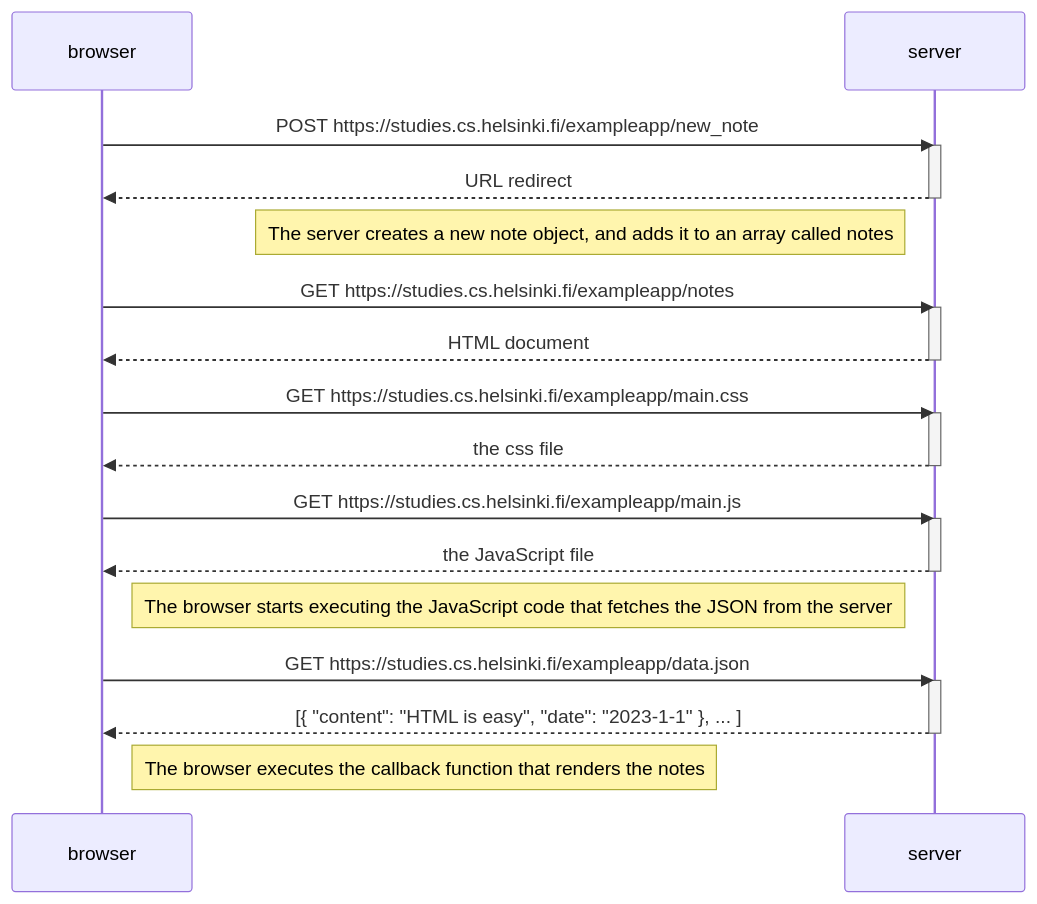
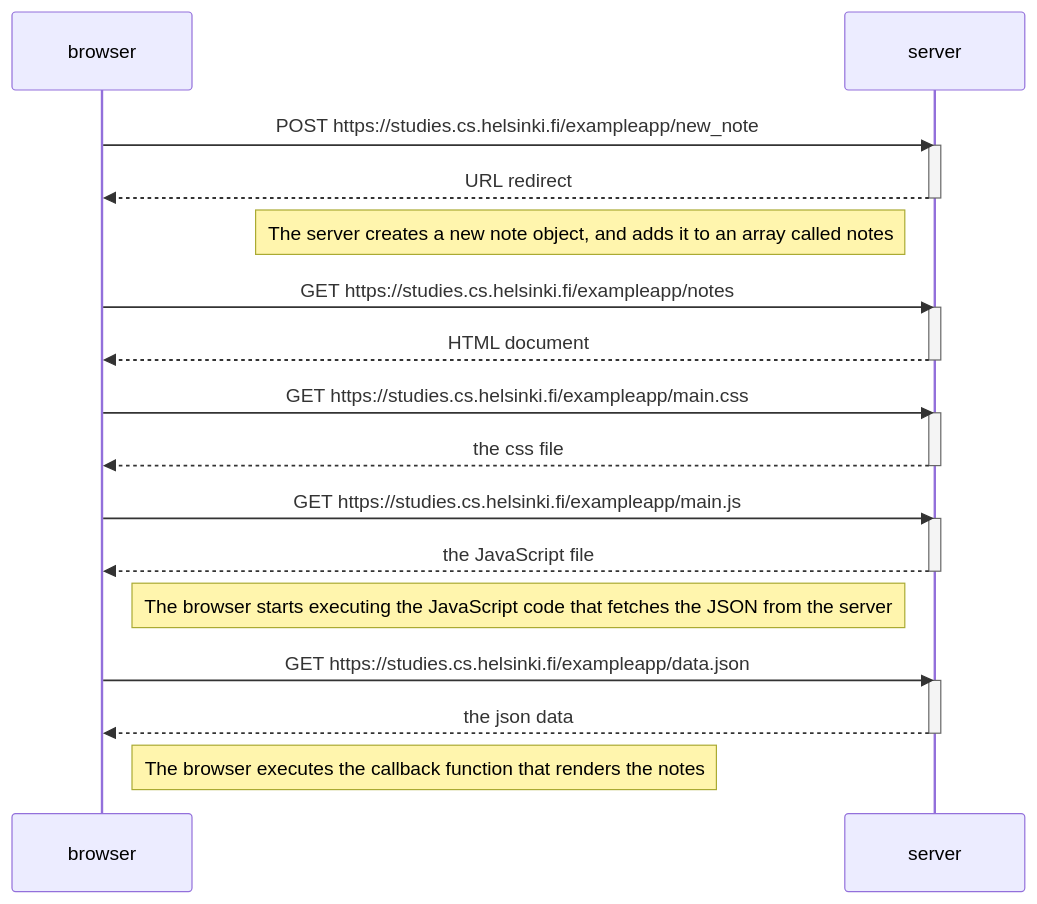
One commit to EeroHa/FullStackOpen changed the diagram in osa0/new_note.md. Above: the diagram before and after it, drawn with Mermaid.

Commit message:
remove example json response

````diff
--- a/osa0/new_note.md
+++ b/osa0/new_note.md
@@ -3,34 +3,34 @@
 ```mermaid
 sequenceDiagram
     participant browser
     participant server
     
     browser->>server: POST https://studies.cs.helsinki.fi/exampleapp/new_note
     activate server
     server-->>browser: URL redirect
     deactivate server
     Note left of server: The server creates a new note object, and adds it to an array called notes
     browser->>server: GET https://studies.cs.helsinki.fi/exampleapp/notes
     activate server
     server-->>browser: HTML document
     deactivate server
     
     browser->>server: GET https://studies.cs.helsinki.fi/exampleapp/main.css
     activate server
     server-->>browser: the css file
     deactivate server
     
     browser->>server: GET https://studies.cs.helsinki.fi/exampleapp/main.js
     activate server
     server-->>browser: the JavaScript file
     deactivate server
     
     Note right of browser: The browser starts executing the JavaScript code that fetches the JSON from the server
     
     browser->>server: GET https://studies.cs.helsinki.fi/exampleapp/data.json
     activate server
-    server-->>browser: [{ "content": "HTML is easy", "date": "2023-1-1" }, ... ]
+    server-->>browser: the json data
     deactivate server    
 
     Note right of browser: The browser executes the callback function that renders the notes 
 ```
````
